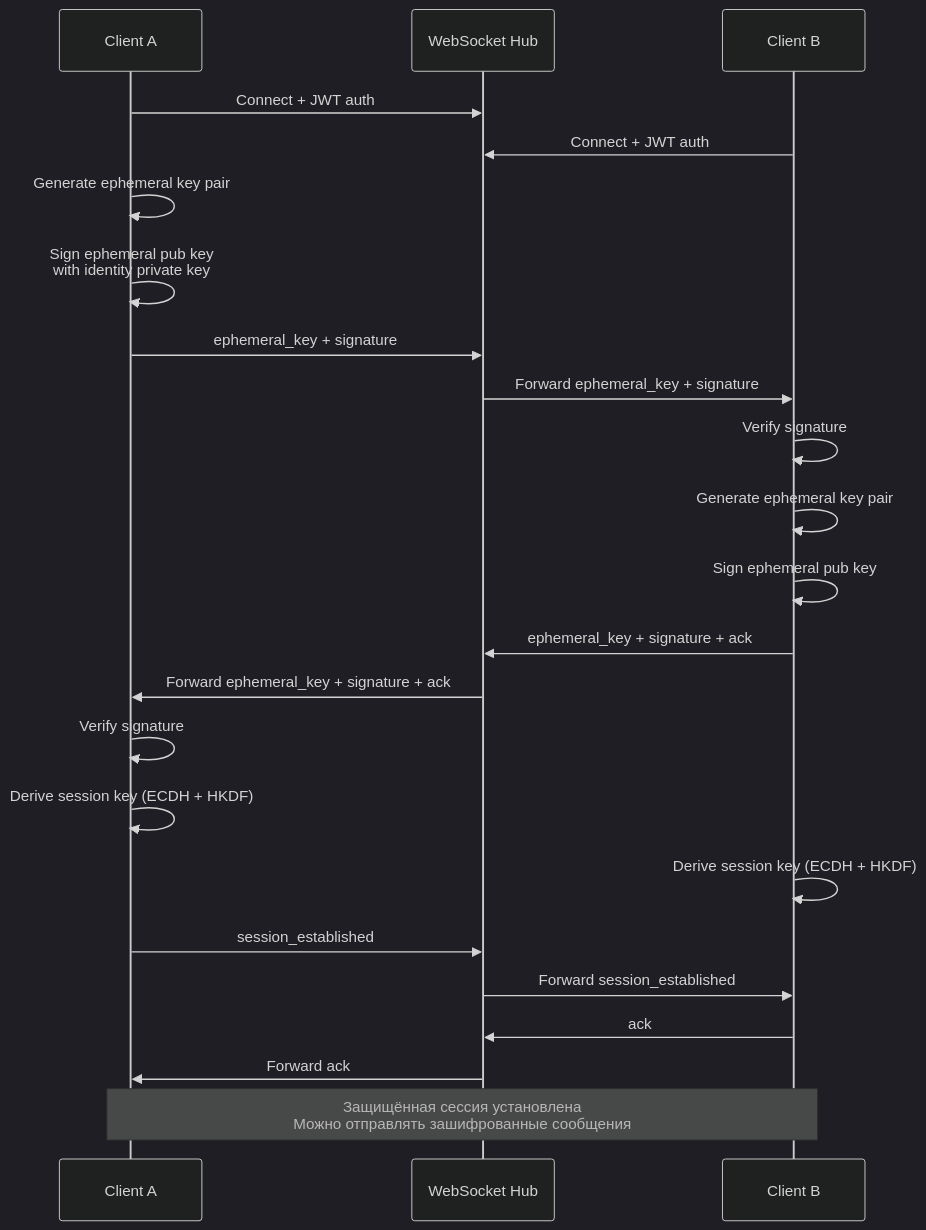
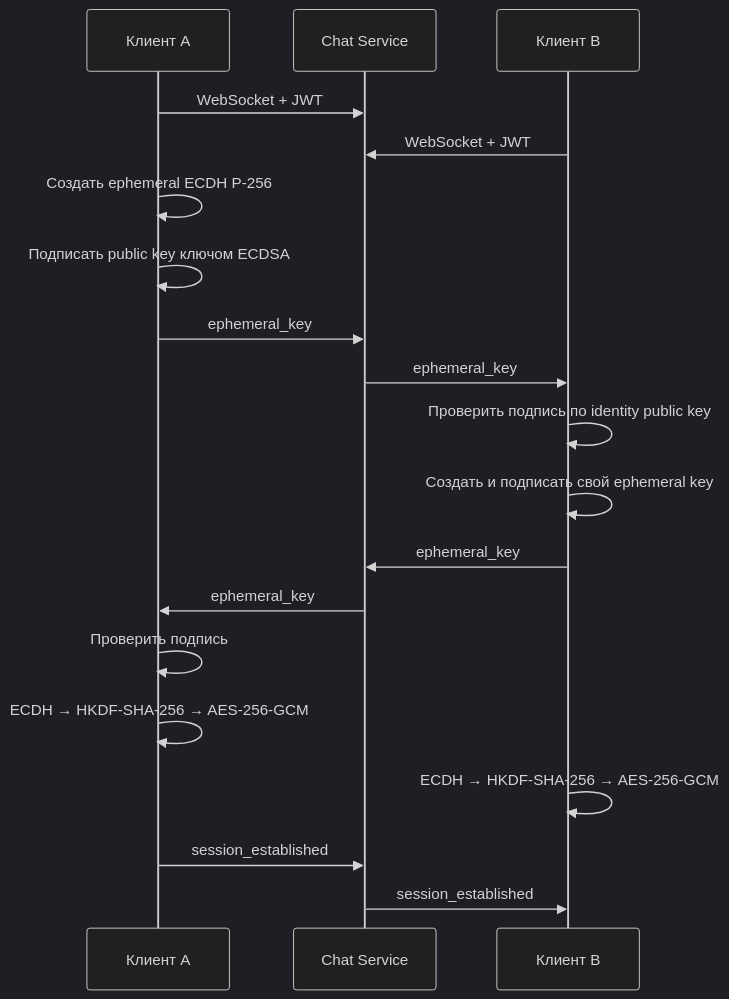
The diagram in README.md (AlibekovAA/dh-secure-chat), drawn with Mermaid (dark theme) before and after one commit. The commit also changed other lines of this file and 73 other files, not shown here.

````diff
--- a/README.md
+++ b/README.md
@@ -118,31 +111,22 @@
 ```mermaid
 sequenceDiagram
-    participant A as Client A
-    participant WS as WebSocket Hub
-    participant B as Client B
+    participant A as Клиент A
+    participant S as Chat Service
+    participant B as Клиент B
 
-    A->>WS: Connect + JWT auth
-    B->>WS: Connect + JWT auth
-
-    A->>A: Generate ephemeral key pair
-    A->>A: Sign ephemeral pub key<br/>with identity private key
-    A->>WS: ephemeral_key + signature
-    WS->>B: Forward ephemeral_key + signature
-
-    B->>B: Verify signature
-    B->>B: Generate ephemeral key pair
-    B->>B: Sign ephemeral pub key
-    B->>WS: ephemeral_key + signature + ack
-    WS->>A: Forward ephemeral_key + signature + ack
-
-    A->>A: Verify signature
-    A->>A: Derive session key (ECDH + HKDF)
-    B->>B: Derive session key (ECDH + HKDF)
-
-    A->>WS: session_established
-    WS->>B: Forward session_established
-    B->>WS: ack
-    WS->>A: Forward ack
-
-    Note over A,B: Защищённая сессия установлена<br/>Можно отправлять зашифрованные сообщения
+    A->>S: WebSocket + JWT
+    B->>S: WebSocket + JWT
+    A->>A: Создать ephemeral ECDH P-256
+    A->>A: Подписать public key ключом ECDSA
+    A->>S: ephemeral_key
+    S->>B: ephemeral_key
+    B->>B: Проверить подпись по identity public key
+    B->>B: Создать и подписать свой ephemeral key
+    B->>S: ephemeral_key
+    S->>A: ephemeral_key
+    A->>A: Проверить подпись
+    A->>A: ECDH → HKDF-SHA-256 → AES-256-GCM
+    B->>B: ECDH → HKDF-SHA-256 → AES-256-GCM
+    A->>S: session_established
+    S->>B: session_established
 ```
````
